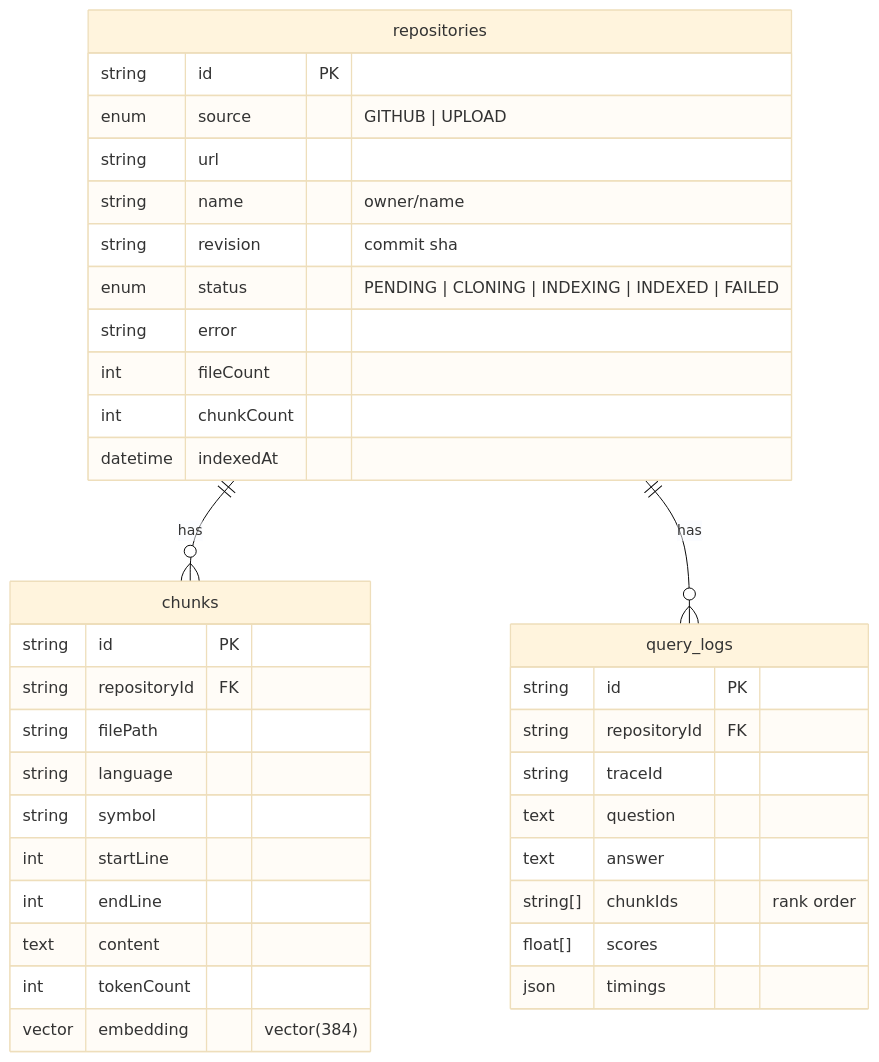
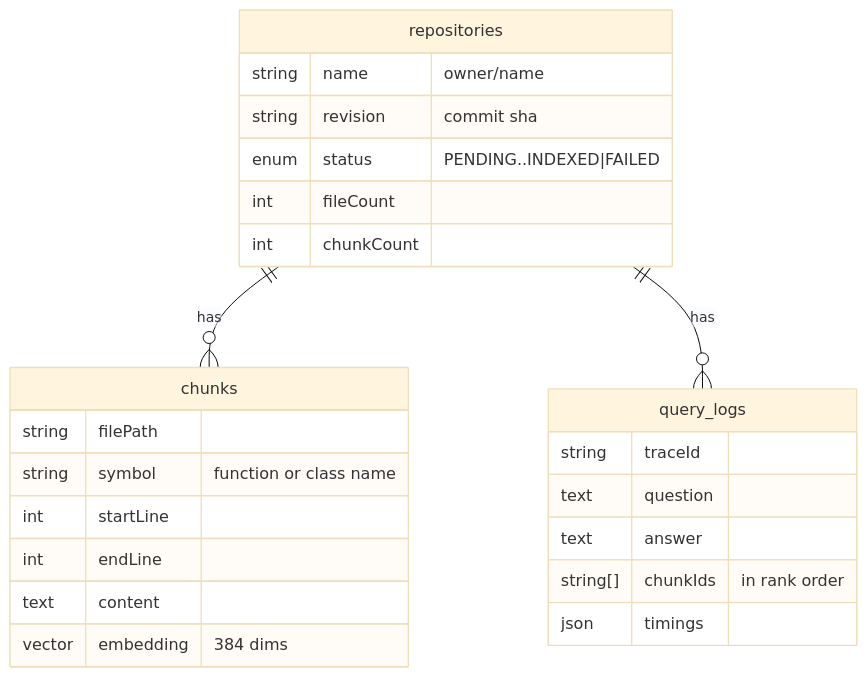
Before and after one commit to dragostruta/repo-scrapper: the fourth of 4 diagrams in README.md, drawn with Mermaid (base theme). The commit also changed other lines of this file and 16 other files, not shown here.

````diff
--- a/README.md
+++ b/README.md
@@ -440,40 +215,28 @@
 ```mermaid
 erDiagram
-    repositories ||--o{ chunks : "has"
-    repositories ||--o{ query_logs : "has"
+    repositories ||--o{ chunks : has
+    repositories ||--o{ query_logs : has
 
     repositories {
-        string id PK
-        enum source "GITHUB | UPLOAD"
-        string url
         string name "owner/name"
         string revision "commit sha"
-        enum status "PENDING | CLONING | INDEXING | INDEXED | FAILED"
-        string error
+        enum status "PENDING..INDEXED|FAILED"
         int fileCount
         int chunkCount
-        datetime indexedAt
     }
     chunks {
-        string id PK
-        string repositoryId FK
         string filePath
-        string language
-        string symbol
+        string symbol "function or class name"
         int startLine
         int endLine
         text content
-        int tokenCount
-        vector embedding "vector(384)"
+        vector embedding "384 dims"
     }
     query_logs {
-        string id PK
-        string repositoryId FK
         string traceId
         text question
         text answer
-        string[] chunkIds "rank order"
-        float[] scores
+        string[] chunkIds "in rank order"
         json timings
     }
 ```
````
